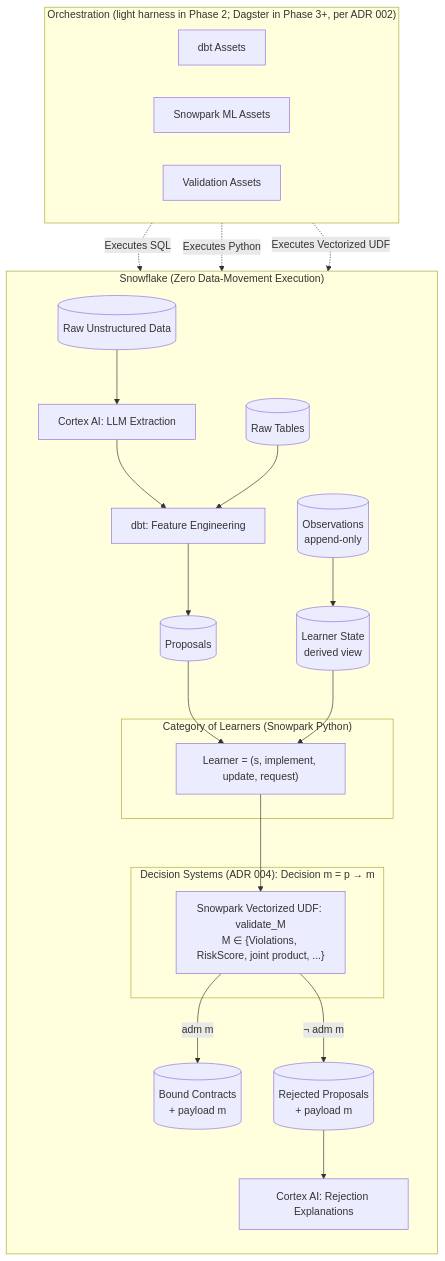
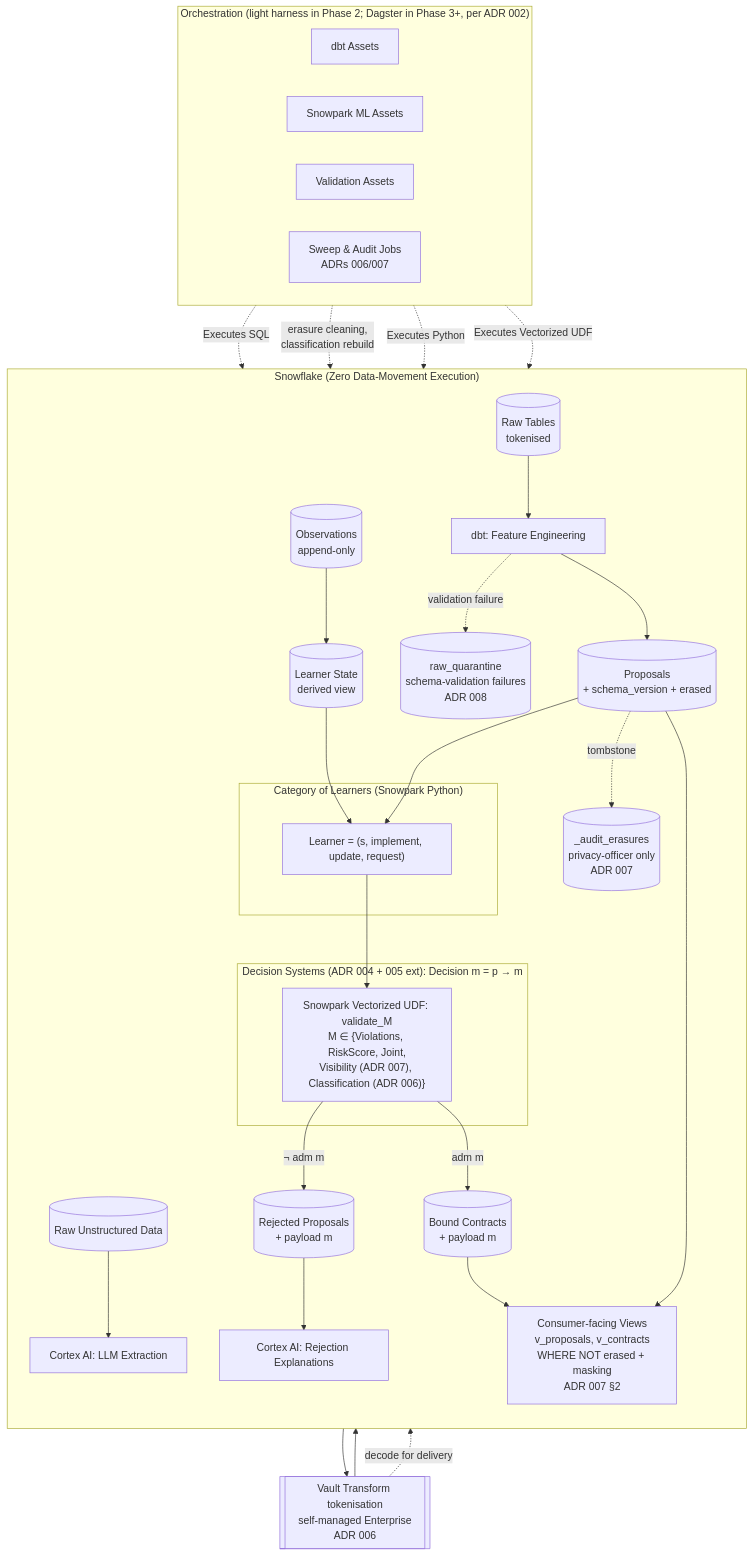
Before and after one commit to soulstrop/categorical-insurance: the diagram in docs/ARCHITECTURE.md, drawn with Mermaid. The commit also changed other lines of this file, not shown here.

````diff
--- a/docs/ARCHITECTURE.md
+++ b/docs/ARCHITECTURE.md
@@ -27,56 +27,82 @@
 ```mermaid
 graph TD
     subgraph Dagster ["Orchestration (light harness in Phase 2; Dagster in Phase 3+, per ADR 002)"]
         direction LR
         TriggerDBT[dbt Assets]
         TriggerML[Snowpark ML Assets]
         TriggerGov[Validation Assets]
+        TriggerSweep[Sweep & Audit Jobs<br/>ADRs 006/007]
     end
+
+    %% Self-managed Vault Enterprise sits outside Snowflake; it is the
+    %% PII tokenisation boundary on both ingress and egress.
+    Vault[[Vault Transform tokenisation<br/>self-managed Enterprise<br/>ADR 006]]
 
     subgraph Snowflake ["Snowflake (Zero Data-Movement Execution)"]
         direction TB
 
         %% Data Sources & Prep
         Raw[(Raw Unstructured Data)]
         CortexExtract[Cortex AI: LLM Extraction]
-        RawSQL[(Raw Tables)]
+        RawSQL[(Raw Tables<br/>tokenised)]
         DBT[dbt: Feature Engineering]
-        Proposals[(Proposals)]
+        Quarantine[(raw_quarantine<br/>schema-validation failures<br/>ADR 008)]
+        Proposals[(Proposals<br/>+ schema_version + erased)]
         Observations[(Observations<br/>append-only)]
         StateView[(Learner State<br/>derived view)]
 
-        Raw --> CortexExtract --> DBT
+        Raw --> CortexExtract
         RawSQL --> DBT
         DBT --> Proposals
+        DBT -. validation failure .-> Quarantine
         Observations --> StateView
 
         %% Learners Category
         subgraph Learners ["Category of Learners (Snowpark Python)"]
             Learner["Learner = (s, implement, update, request)"]
         end
 
         Proposals --> Learner
         StateView --> Learner
 
         %% Decision systems parameterised by a monoid
-        subgraph DecisionSubgraph ["Decision Systems (ADR 004): Decision m = p → m"]
-            ValidateUDF["Snowpark Vectorized UDF: validate_M<br/>M ∈ {Violations, RiskScore, joint product, ...}"]
+        subgraph DecisionSubgraph ["Decision Systems (ADR 004 + 005 ext): Decision m = p → m"]
+            ValidateUDF["Snowpark Vectorized UDF: validate_M<br/>M ∈ {Violations, RiskScore, Joint,<br/>Visibility (ADR 007), Classification (ADR 006)}"]
         end
 
         Learner --> ValidateUDF
 
         %% Co-Kleisli validation outputs
         Contracts[(Bound Contracts<br/>+ payload m)]
         Rejections[(Rejected Proposals<br/>+ payload m)]
         CortexExplain[Cortex AI: Rejection Explanations]
 
         ValidateUDF -->|adm m| Contracts
         ValidateUDF -->|¬ adm m| Rejections
         Rejections --> CortexExplain
+
+        %% Consumer-facing surface: views with erasure filter + masking policies
+        Views[Consumer-facing Views<br/>v_proposals, v_contracts<br/>WHERE NOT erased + masking<br/>ADR 007 §2]
+        Proposals --> Views
+        Contracts --> Views
+
+        %% Audit surface for tombstoned PII
+        AuditErasures[(_audit_erasures<br/>privacy-officer only<br/>ADR 007)]
+        Proposals -. tombstone .-> AuditErasures
     end
+
+    %% Cross-boundary edges: Cortex sits inside the PII boundary on
+    %% both faces (ADR 003 revised). Extracted records are tokenised
+    %% before warehouse landing; rejection-letter generation decodes
+    %% from Vault for delivery only, never persisting plaintext in
+    %% the warehouse.
+    CortexExtract --> Vault
+    Vault --> RawSQL
+    Vault -. decode for delivery .-> CortexExplain
 
     %% Orchestration edges
     TriggerDBT -.->|Executes SQL| DBT
     TriggerML -.->|Executes Python| Learners
     TriggerGov -.->|Executes Vectorized UDF| DecisionSubgraph
+    TriggerSweep -.->|erasure cleaning,<br/>classification rebuild| AuditErasures
 ```
````
